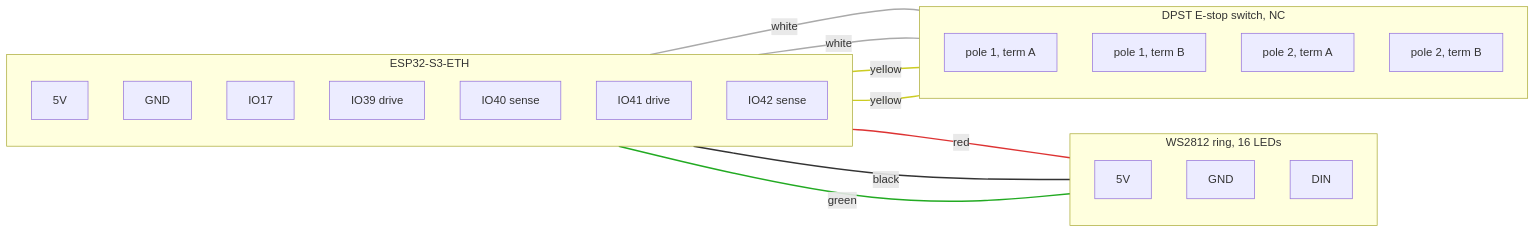
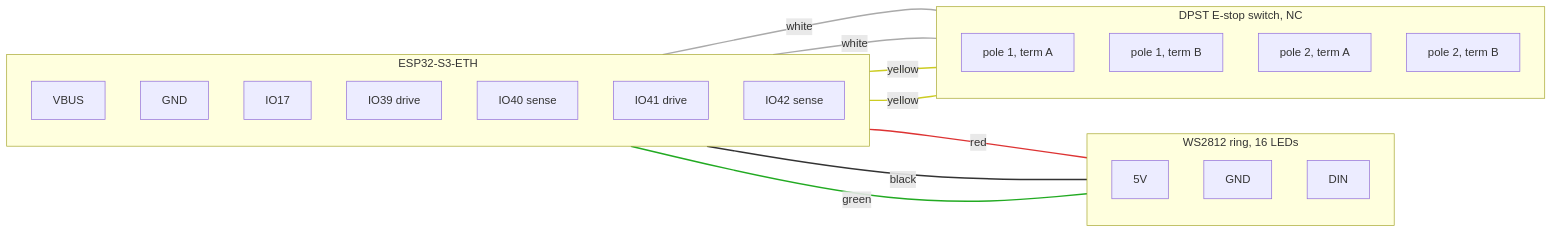
The diagram in hardware/README.md (polymathrobotics/protective-stop), drawn with Mermaid before and after one commit. The commit also changed other lines of this file, not shown here.

Commit message:
hardware: ring 5V comes from the board's VBUS pin
Claude-Session: https://claude.ai/code/session_01JRZvaANcTGNuMjJN2gVf8b

````diff
--- a/hardware/README.md
+++ b/hardware/README.md
@@ -36,42 +36,42 @@
 ```mermaid
 flowchart LR
     subgraph BOARD["ESP32-S3-ETH"]
         direction TB
-        P5V["5V"]
+        P5V["VBUS"]
         GND["GND"]
         G17["IO17"]
         G39["IO39 drive"]
         G40["IO40 sense"]
         G41["IO41 drive"]
         G42["IO42 sense"]
     end
 
     subgraph RING["WS2812 ring, 16 LEDs"]
         direction TB
         RV["5V"]
         RG["GND"]
         RD["DIN"]
     end
 
     subgraph SW["DPST E-stop switch, NC"]
         direction TB
         P1A["pole 1, term A"]
         P1B["pole 1, term B"]
         P2A["pole 2, term A"]
         P2B["pole 2, term B"]
     end
 
     P5V --- |red| RV
     GND --- |black| RG
     G17 --- |green| RD
     G39 --- |white| P1A
     G40 --- |white| P1B
     G41 --- |yellow| P2A
     G42 --- |yellow| P2B
 
     linkStyle 0 stroke:#d33,stroke-width:2px
     linkStyle 1 stroke:#333,stroke-width:2px
     linkStyle 2 stroke:#2a2,stroke-width:2px
     linkStyle 3,4 stroke:#aaa,stroke-width:2px
     linkStyle 5,6 stroke:#cc2,stroke-width:2px
 ```
````
